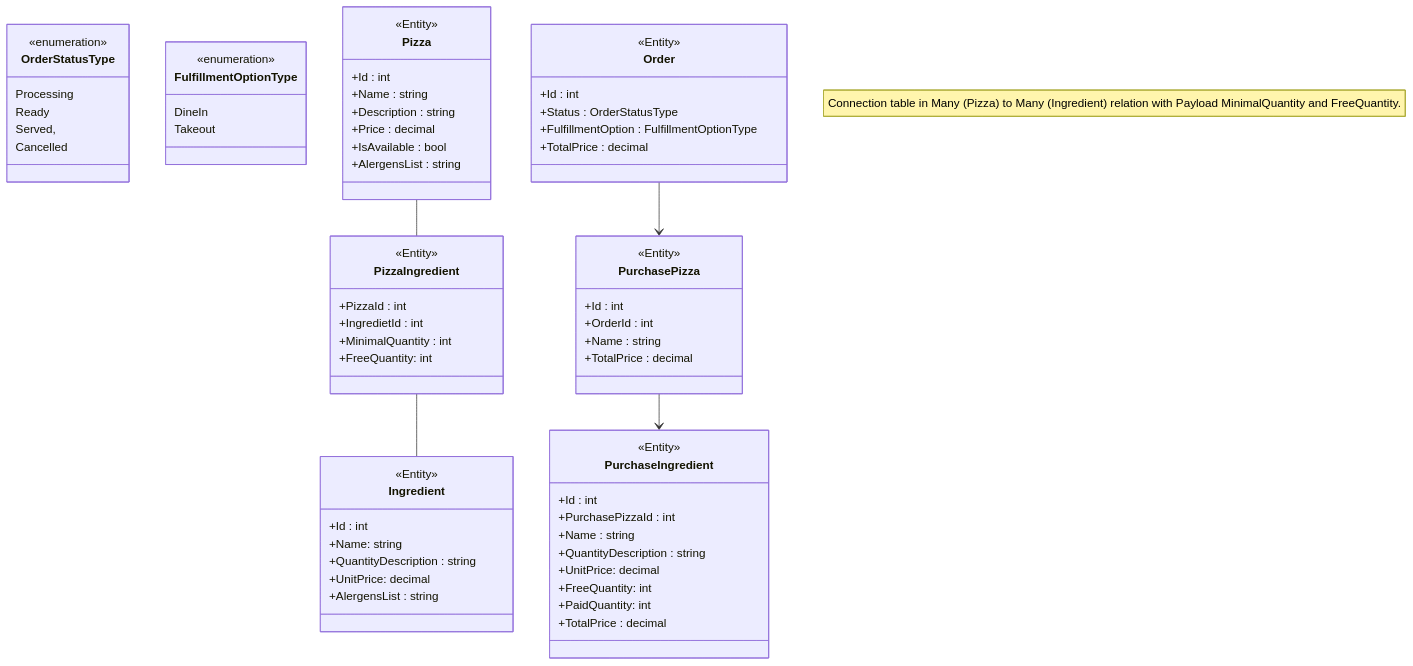
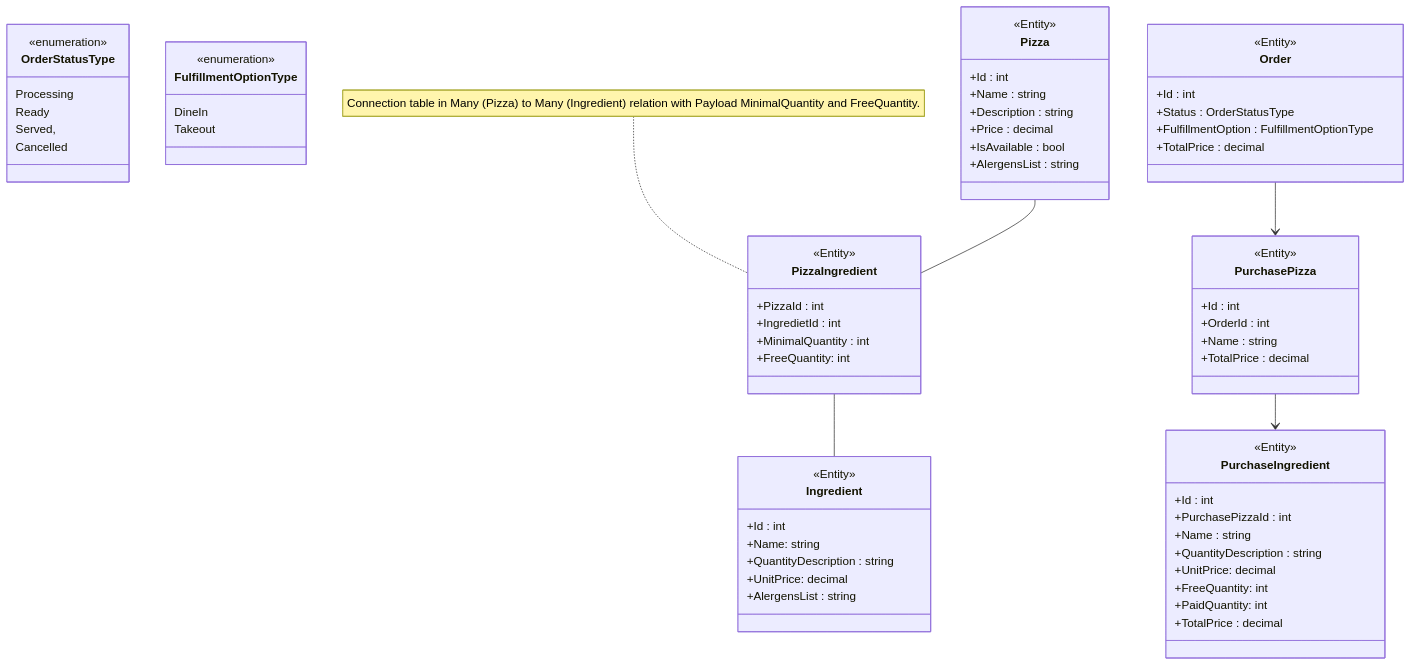
Before and after one commit to ekral/FAI: the first of 2 diagrams in AF/src/Utb.PizzaKiosk/README.md, drawn with Mermaid.

````diff
--- a/AF/src/Utb.PizzaKiosk/README.md
+++ b/AF/src/Utb.PizzaKiosk/README.md
@@ -175,78 +175,78 @@
 ```mermaid
 classDiagram
 
    class OrderStatusType{
       <<enumeration>>
       Processing
       Ready
       Served,
       Cancelled
    }
 
    class FulfillmentOptionType{
       <<enumeration>>
       DineIn
       Takeout
    }
 
    class Pizza {
       <<Entity>>
       +Id : int
       +Name : string
       +Description : string
       +Price : decimal
       +IsAvailable : bool
       +AlergensList : string
    }
 
-   note for MyClass "Connection table in Many (Pizza) to Many (Ingredient) relation with Payload MinimalQuantity and FreeQuantity."
+   note for PizzaIngredient "Connection table in Many (Pizza) to Many (Ingredient) relation with Payload MinimalQuantity and FreeQuantity."
    class PizzaIngredient {
       <<Entity>>
       +PizzaId : int
       +IngredietId : int
       +MinimalQuantity : int
       +FreeQuantity: int
    }
 
   class Ingredient {
       <<Entity>>
       +Id : int
       +Name: string
       +QuantityDescription : string
       +UnitPrice: decimal
       +AlergensList : string
   }
 
   class Order {
       <<Entity>>
       +Id : int
       +Status : OrderStatusType
       +FulfillmentOption : FulfillmentOptionType
       +TotalPrice : decimal
    }
 
    class PurchasePizza {
       <<Entity>>
       +Id : int
       +OrderId : int
       +Name : string
       +TotalPrice : decimal
    }
 
    class PurchaseIngredient {
       <<Entity>>
       +Id : int
       +PurchasePizzaId : int
       +Name : string
       +QuantityDescription : string
       +UnitPrice: decimal
       +FreeQuantity: int
       +PaidQuantity: int
       +TotalPrice : decimal
    }
 
    Pizza -- PizzaIngredient
    PizzaIngredient -- Ingredient
    Order --> PurchasePizza
    PurchasePizza --> PurchaseIngredient
 ```
````
